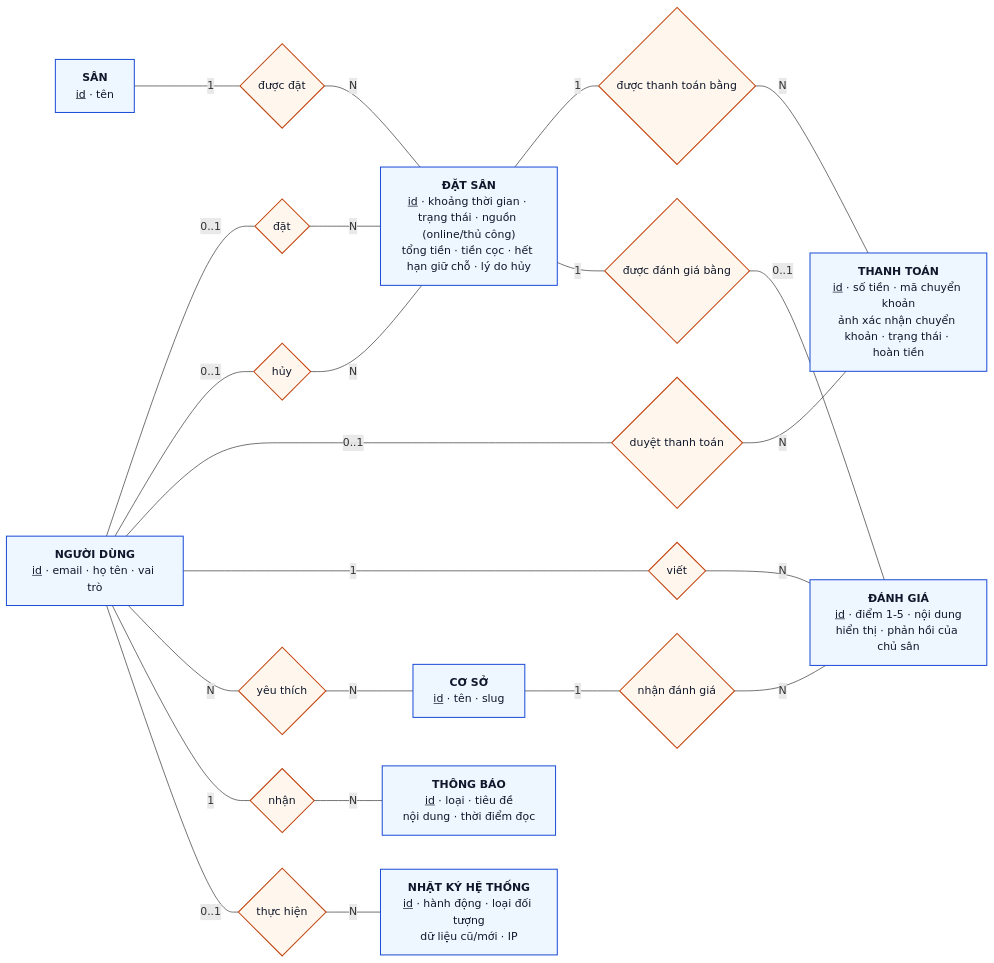
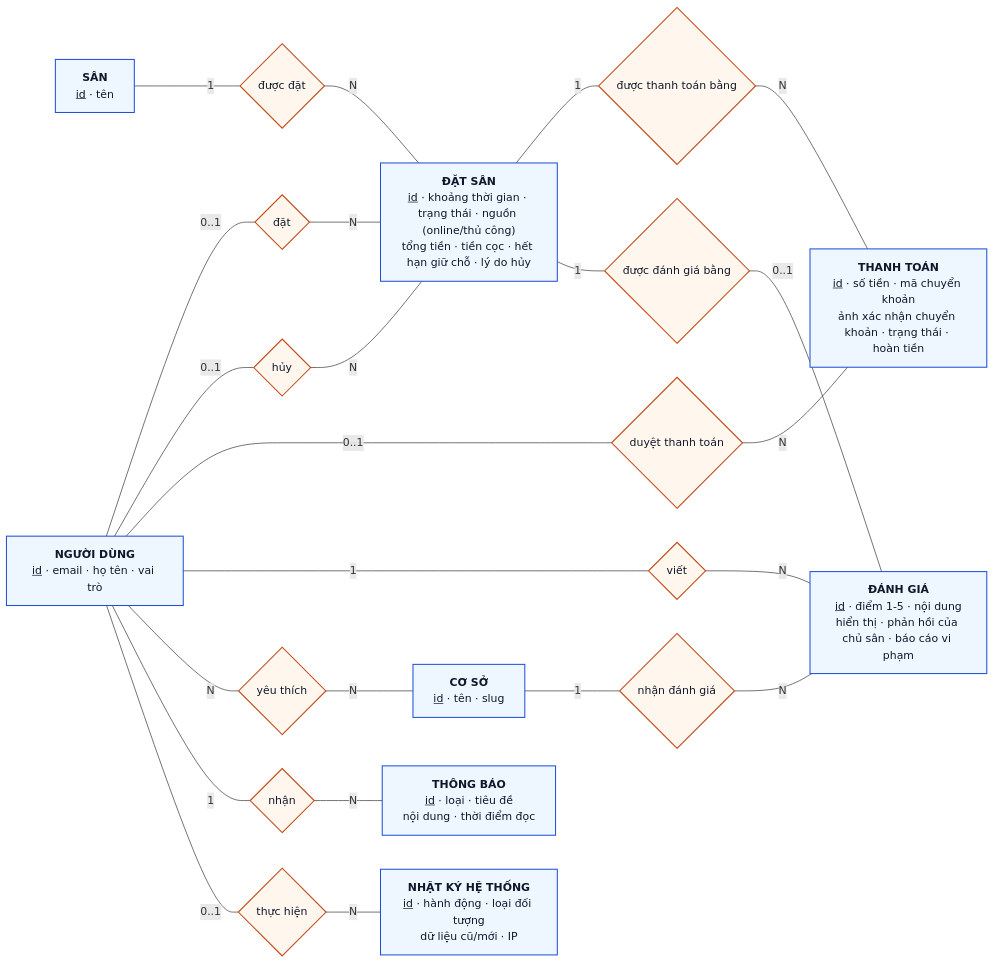
One commit to TuyenTran205/bookSportsCourt changed the second of 4 diagrams in docs/04-database-schema.md. Above: the diagram before and after it, drawn with Mermaid. The commit also changed other lines of this file and 26 other files, not shown here.

````diff
--- a/docs/04-database-schema.md
+++ b/docs/04-database-schema.md
@@ -136,38 +142,38 @@
 ```mermaid
 flowchart LR
     classDef entity fill:#eef6ff,stroke:#1d4ed8,stroke-width:1.5px,color:#0f172a;
     classDef rel fill:#fff7ed,stroke:#c2410c,stroke-width:1.5px,color:#0f172a;
 
     USER["<b>NGƯỜI DÙNG</b><br/><u>id</u> · email · họ tên · vai trò"]:::entity
     VENUE["<b>CƠ SỞ</b><br/><u>id</u> · tên · slug"]:::entity
     COURT["<b>SÂN</b><br/><u>id</u> · tên"]:::entity
     BOOK["<b>ĐẶT SÂN</b><br/><u>id</u> · khoảng thời gian · trạng thái · nguồn (online/thủ công)<br/>tổng tiền · tiền cọc · hết hạn giữ chỗ · lý do hủy"]:::entity
     PAY["<b>THANH TOÁN</b><br/><u>id</u> · số tiền · mã chuyển khoản<br/>ảnh xác nhận chuyển khoản · trạng thái · hoàn tiền"]:::entity
-    REV["<b>ĐÁNH GIÁ</b><br/><u>id</u> · điểm 1-5 · nội dung<br/>hiển thị · phản hồi của chủ sân"]:::entity
+    REV["<b>ĐÁNH GIÁ</b><br/><u>id</u> · điểm 1-5 · nội dung<br/>hiển thị · phản hồi của chủ sân · báo cáo vi phạm"]:::entity
     NOTI["<b>THÔNG BÁO</b><br/><u>id</u> · loại · tiêu đề<br/>nội dung · thời điểm đọc"]:::entity
     AUDIT["<b>NHẬT KÝ HỆ THỐNG</b><br/><u>id</u> · hành động · loại đối tượng<br/>dữ liệu cũ/mới · IP"]:::entity
 
     R_MAKE{"đặt"}:::rel
     R_HOST{"được đặt"}:::rel
     R_CAN{"hủy"}:::rel
     R_PAY{"được thanh toán bằng"}:::rel
     R_APR{"duyệt thanh toán"}:::rel
     R_ABOUT{"được đánh giá bằng"}:::rel
     R_WRITE{"viết"}:::rel
     R_RECV{"nhận đánh giá"}:::rel
     R_FAV{"yêu thích"}:::rel
     R_NOTI{"nhận"}:::rel
     R_ACT{"thực hiện"}:::rel
 
     USER ---|"0..1"| R_MAKE ---|N| BOOK
     COURT ---|1| R_HOST ---|N| BOOK
     USER ---|"0..1"| R_CAN ---|N| BOOK
     BOOK ---|1| R_PAY ---|N| PAY
     USER ---|"0..1"| R_APR ---|N| PAY
     BOOK ---|1| R_ABOUT ---|"0..1"| REV
     USER ---|1| R_WRITE ---|N| REV
     VENUE ---|1| R_RECV ---|N| REV
     USER ---|N| R_FAV ---|N| VENUE
     USER ---|1| R_NOTI ---|N| NOTI
     USER ---|"0..1"| R_ACT ---|N| AUDIT
 ```
````
